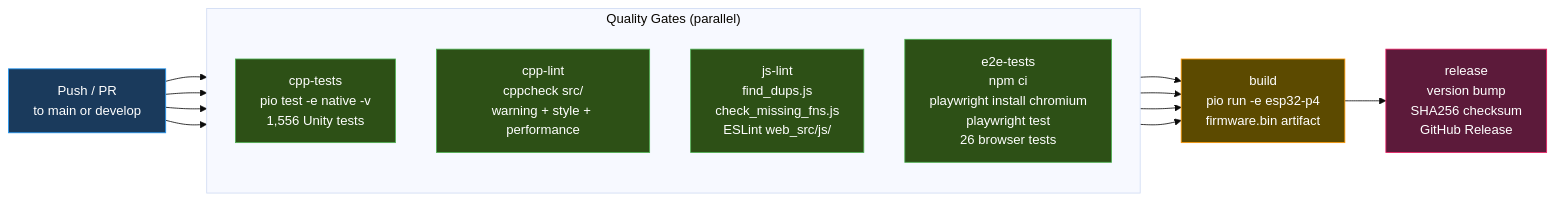
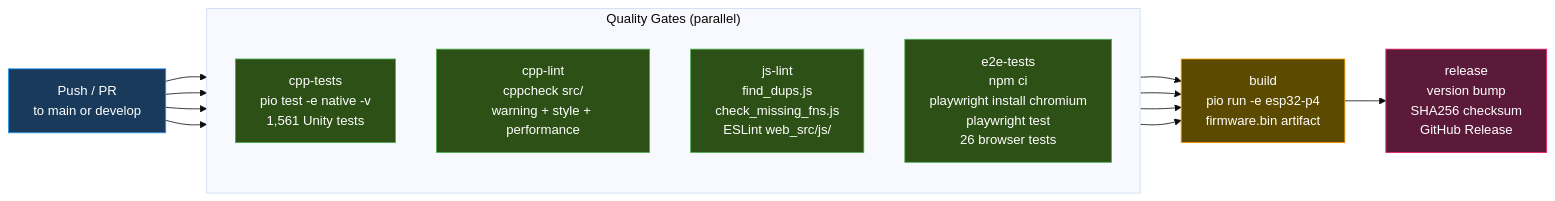
One commit to Schmackos/ALX_Nova_Controller_2 changed the eighth of 10 diagrams in docs/architecture/diagrams.md. Above: the diagram before and after it, drawn with Mermaid (base theme). The commit also changed other lines of this file and 6 other files, not shown here.

````diff
--- a/docs/architecture/diagrams.md
+++ b/docs/architecture/diagrams.md
@@ -454,38 +454,38 @@
 ```mermaid
 graph LR
     classDef trigger fill:#1a3a5c,stroke:#2196F3,color:#fff
     classDef gate fill:#2d5016,stroke:#4CAF50,color:#fff
     classDef build fill:#5c4a00,stroke:#FF9800,color:#fff
     classDef release fill:#5c1a3a,stroke:#E91E63,color:#fff
 
     PUSH["Push / PR\nto main or develop"]
 
     subgraph Gates["Quality Gates (parallel)"]
         direction TB
-        CPP["cpp-tests\npio test -e native -v\n1,556 Unity tests"]
+        CPP["cpp-tests\npio test -e native -v\n1,561 Unity tests"]
         CPPL["cpp-lint\ncppcheck src/\nwarning + style + performance"]
         JSL["js-lint\nfind_dups.js\ncheck_missing_fns.js\nESLint web_src/js/"]
         E2E["e2e-tests\nnpm ci\nplaywright install chromium\nplaywright test\n26 browser tests"]
     end
 
     BUILD["build\npio run -e esp32-p4\nfirmware.bin artifact"]
 
     REL["release\nversion bump\nSHA256 checksum\nGitHub Release"]
 
     PUSH --> CPP
     PUSH --> CPPL
     PUSH --> JSL
     PUSH --> E2E
 
     CPP --> BUILD
     CPPL --> BUILD
     JSL --> BUILD
     E2E --> BUILD
 
     BUILD --> REL
 
     class PUSH trigger
     class CPP,CPPL,JSL,E2E gate
     class BUILD build
     class REL release
 ```
````
